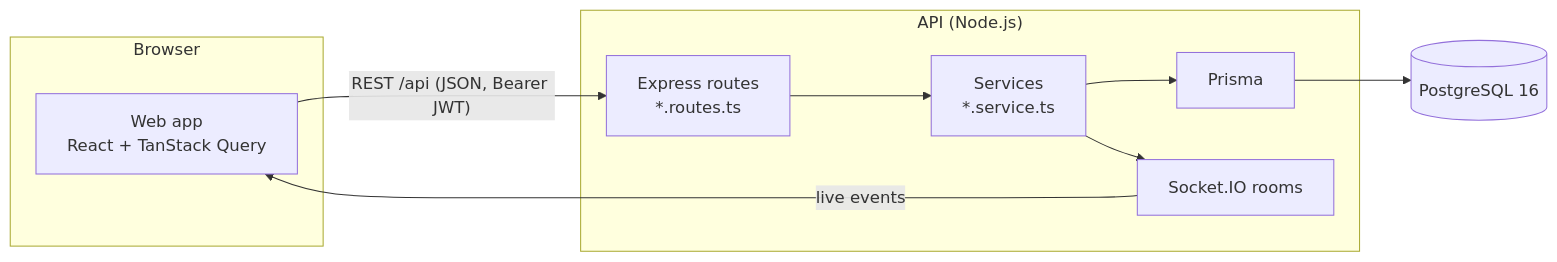
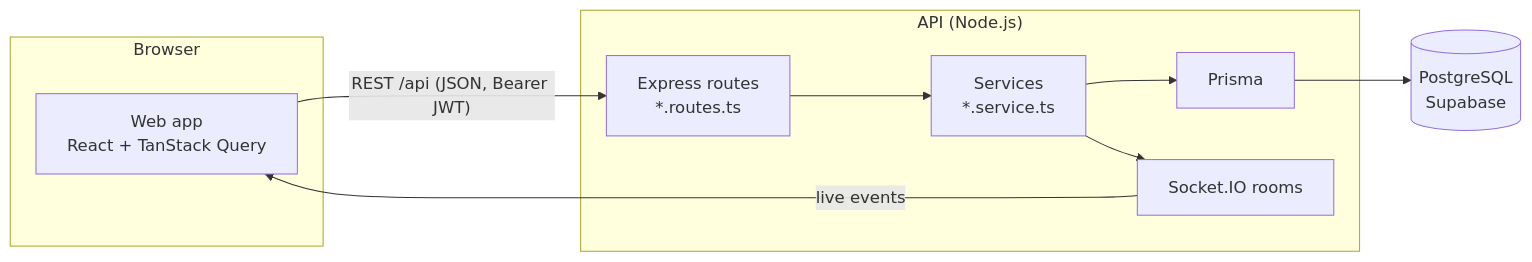
One commit to Dominic-Ronquillo/Pickl-App changed the diagram in docs/architecture.md. Above: the diagram before and after it, drawn with Mermaid. The commit also changed other lines of this file and 10 other files, not shown here.

First line of the commit message:
docs: queue rules, Supabase deployment, roadmap and web app guide

````diff
--- a/docs/architecture.md
+++ b/docs/architecture.md
@@ -5,15 +5,15 @@
 ```mermaid
 flowchart LR
   subgraph Browser
     W["Web app<br/>React + TanStack Query"]
   end
   subgraph Server["API (Node.js)"]
     R["Express routes<br/>*.routes.ts"] --> S["Services<br/>*.service.ts"]
     S --> P[Prisma]
     S --> RT["Socket.IO rooms"]
   end
-  DB[(PostgreSQL 16)]
+  DB[("PostgreSQL<br/>Supabase")]
   W -- "REST /api (JSON, Bearer JWT)" --> R
   RT -- "live events" --> W
   P --> DB
 ```
````
